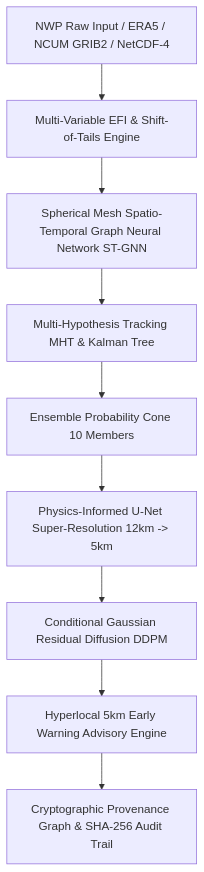
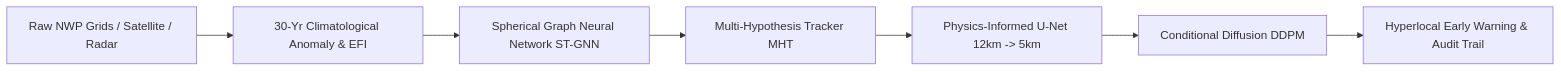
The diagram in README.md (krishnavsavapandit-cyber/SIH-26078), drawn with Mermaid before and after one commit. The commit also changed other lines of this file, not shown here.

````diff
--- a/README.md
+++ b/README.md
@@ -19,11 +23,9 @@
 ```mermaid
-graph TD
-    A[NWP Raw Input / ERA5 / NCUM GRIB2 / NetCDF-4] --> B[Multi-Variable EFI & Shift-of-Tails Engine]
-    B --> C[Spherical Mesh Spatio-Temporal Graph Neural Network ST-GNN]
-    C --> D[Multi-Hypothesis Tracking MHT & Kalman Tree]
-    D --> E[Ensemble Probability Cone 10 Members]
-    E --> F[Physics-Informed U-Net Super-Resolution 12km -> 5km]
-    F --> G[Conditional Gaussian Residual Diffusion DDPM]
-    G --> H[Hyperlocal 5km Early Warning Advisory Engine]
-    H --> I[Cryptographic Provenance Graph & SHA-256 Audit Trail]
+graph LR
+    A[Raw NWP Grids / Satellite / Radar] --> B[30-Yr Climatological Anomaly & EFI]
+    B --> C[Spherical Graph Neural Network ST-GNN]
+    C --> D[Multi-Hypothesis Tracker MHT]
+    D --> E[Physics-Informed U-Net 12km -> 5km]
+    E --> F[Conditional Diffusion DDPM]
+    F --> G[Hyperlocal Early Warning & Audit Trail]
 ```
````
